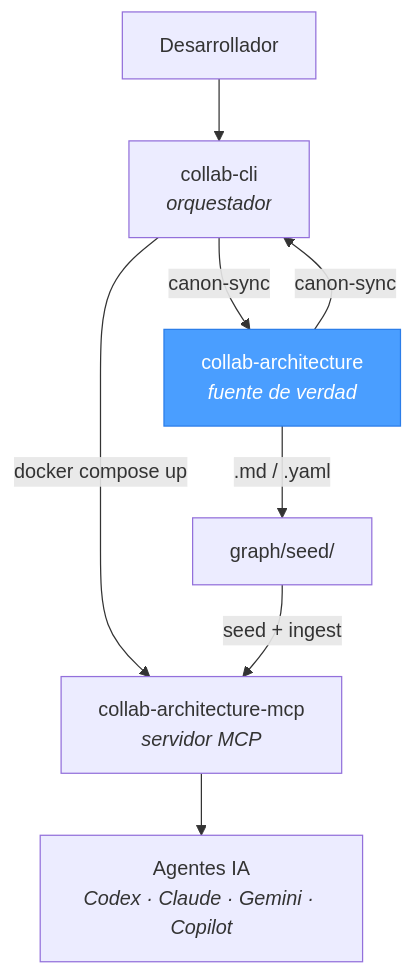
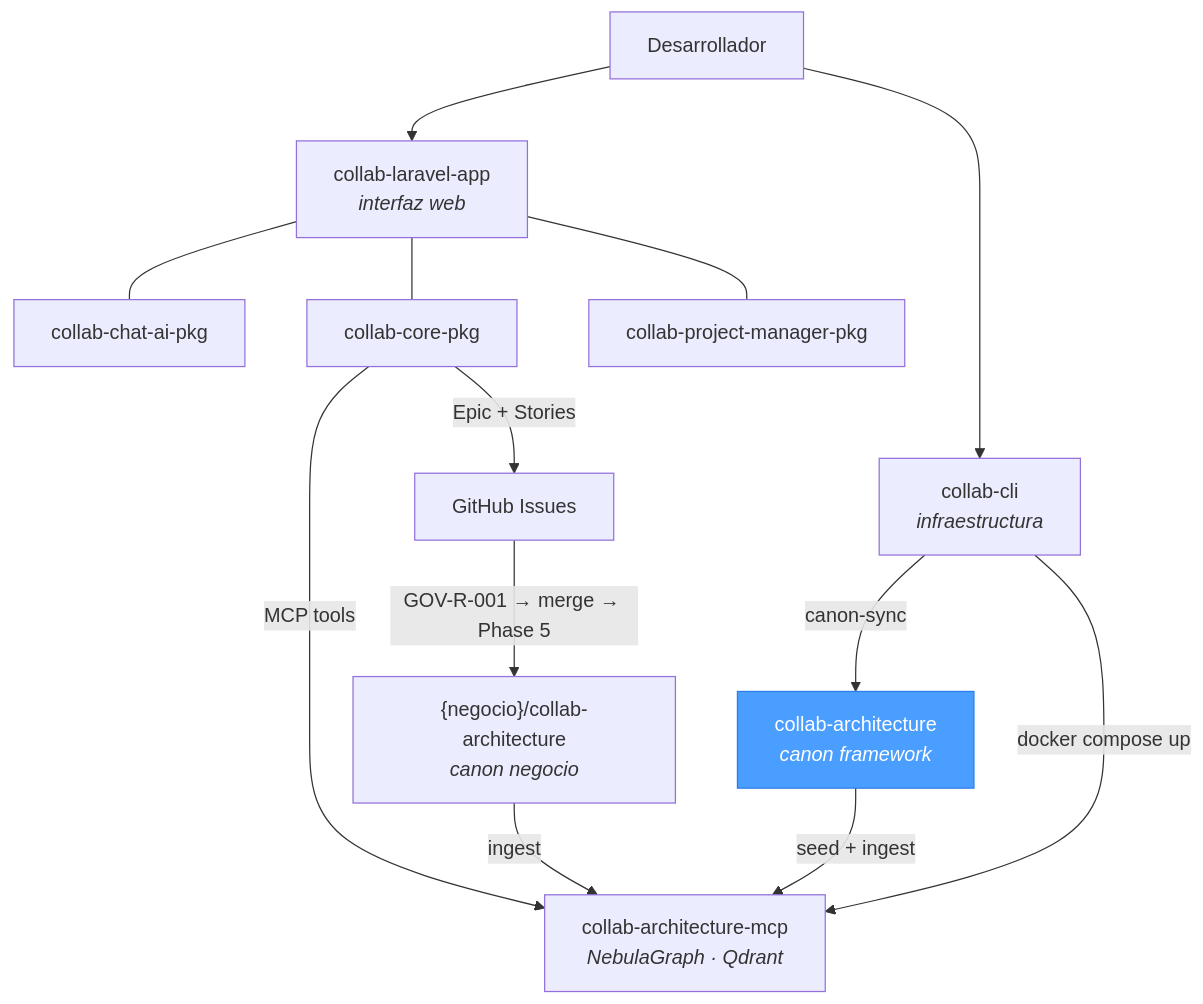
One commit to uxmaltech/collab-architecture changed the diagram in README.md. Above: the diagram before and after it, drawn with Mermaid. The commit also changed 1 other file, not shown here.

Commit message:
docs: add UI layer and knowledge flywheel to ecosystem diagrams
Update Ecosistema Collab diagram to include collab-laravel-app,
collab-chat-ai-pkg, collab-core-pkg, collab-project-manager-pkg,
business canon repos, and the GOV-R-001 flywheel flow.

Replace ADR-006 ASCII diagrams with Mermaid: architecture overview
with subgraphs and knowledge flywheel cycle.

````diff
--- a/README.md
+++ b/README.md
@@ -16,12 +16,20 @@
 ```mermaid
 graph TD
-    DEV[Desarrollador] --> CLI[collab-cli<br><i>orquestador</i>]
-    CLI -- canon-sync --> CA[collab-architecture<br><i>fuente de verdad</i>]
-    CA -- canon-sync --> CLI
-    CLI -- docker compose up --> MCP[collab-architecture-mcp<br><i>servidor MCP</i>]
-    CA -- ".md / .yaml" --> SEED[graph/seed/]
-    SEED -- seed + ingest --> MCP
-    MCP --> AI[Agentes IA<br><i>Codex · Claude · Gemini · Copilot</i>]
+    DEV[Desarrollador] --> APP[collab-laravel-app<br><i>interfaz web</i>]
+    DEV --> CLI[collab-cli<br><i>infraestructura</i>]
+
+    APP --- CHAT[collab-chat-ai-pkg]
+    APP --- CORE[collab-core-pkg]
+    APP --- PM[collab-project-manager-pkg]
+
+    CLI -- canon-sync --> CA[collab-architecture<br><i>canon framework</i>]
+    CLI -- docker compose up --> MCP[collab-architecture-mcp<br><i>NebulaGraph · Qdrant</i>]
+    CA -- seed + ingest --> MCP
+
+    CORE -- MCP tools --> MCP
+    CORE -- "Epic + Stories" --> GH[GitHub Issues]
+    GH -- "GOV-R-001 → merge → Phase 5" --> BCA["{negocio}/collab-architecture<br><i>canon negocio</i>"]
+    BCA -- ingest --> MCP
 
     style CA fill:#4a9eff,stroke:#2b7de9,color:#fff
 ```
````
